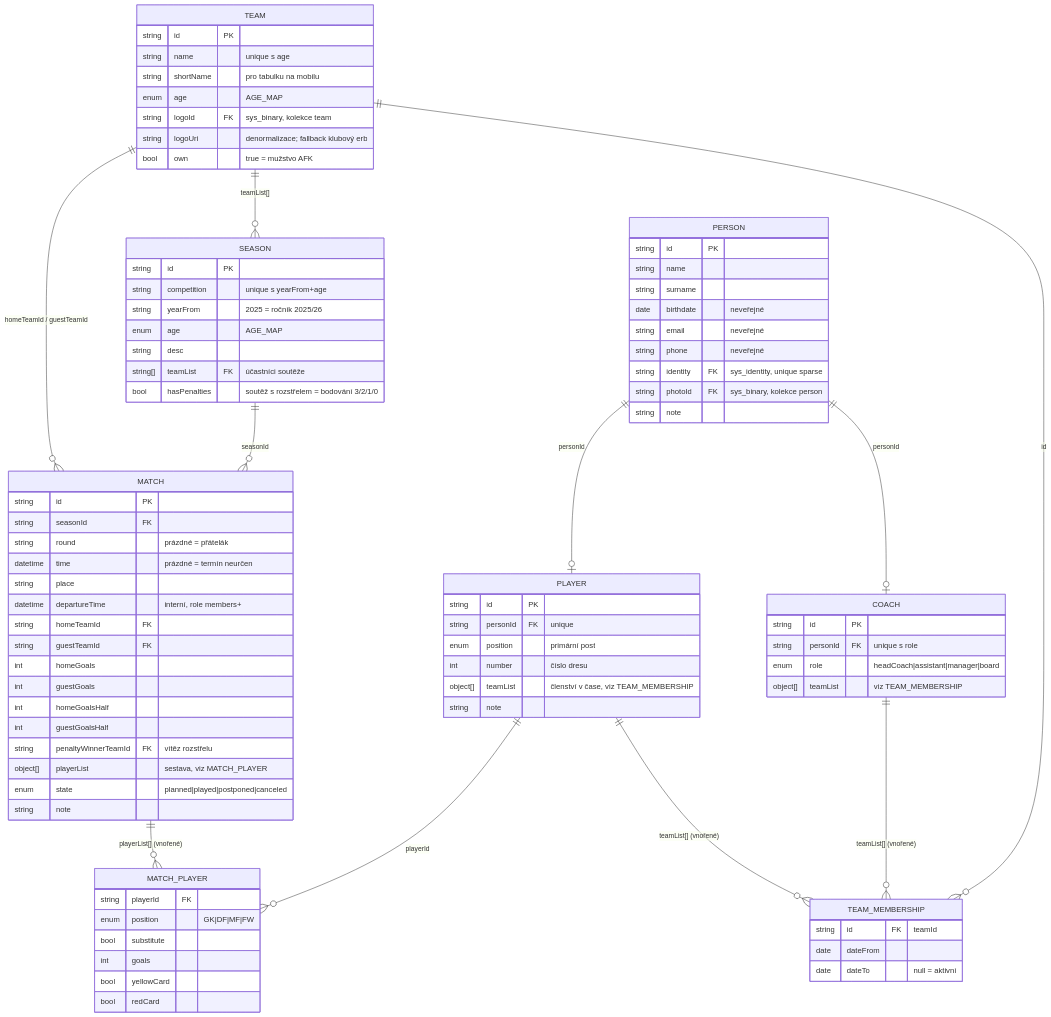
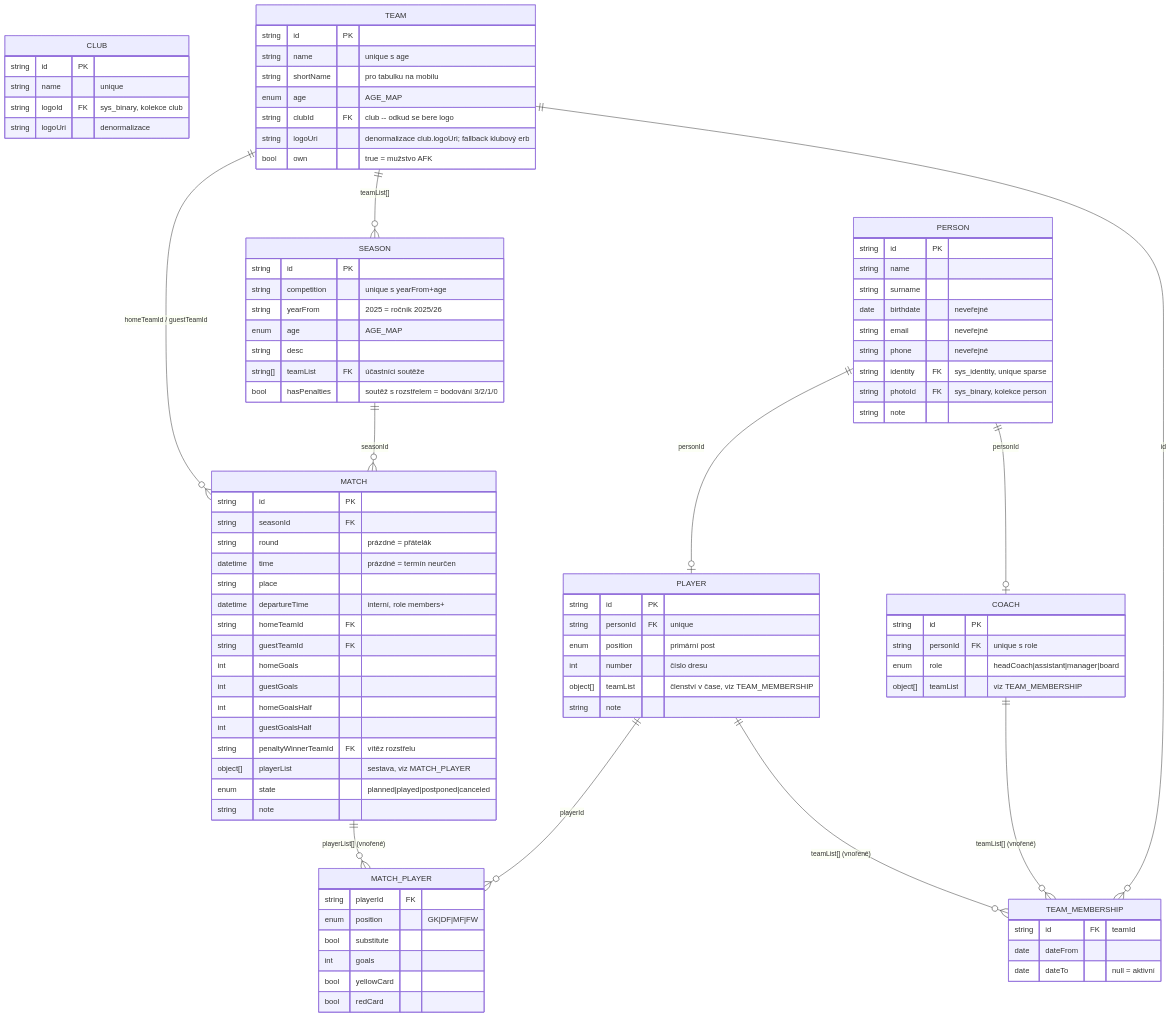
One commit to capo00/afkbratcice changed the second of 3 diagrams in design/data-model.md. Above: the diagram before and after it, drawn with Mermaid. The commit also changed other lines of this file and 30 other files, not shown here.

````diff
--- a/design/data-model.md
+++ b/design/data-model.md
@@ -49,12 +55,18 @@
 ```mermaid
 erDiagram
+    CLUB {
+        string id PK
+        string name "unique"
+        string logoId FK "sys_binary, kolekce club"
+        string logoUri "denormalizace"
+    }
     TEAM {
         string id PK
         string name "unique s age"
         string shortName "pro tabulku na mobilu"
         enum   age "AGE_MAP"
-        string logoId FK "sys_binary, kolekce team"
-        string logoUri "denormalizace; fallback klubový erb"
+        string clubId FK "club -- odkud se bere logo"
+        string logoUri "denormalizace club.logoUri; fallback klubový erb"
         bool   own "true = mužstvo AFK"
     }
     SEASON {
````
